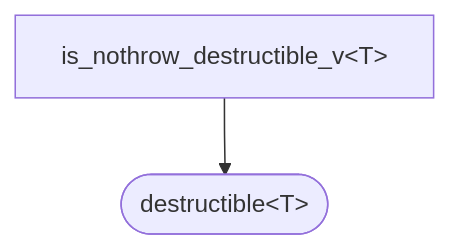
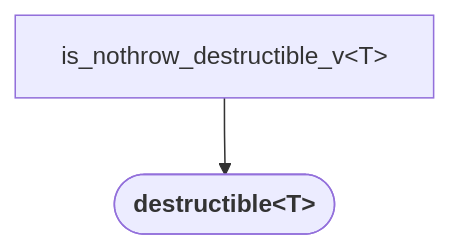
One commit to yohhoy/cpp-concepts changed the seventh of 18 diagrams in README.md. Above: the diagram before and after it, drawn with Mermaid. The commit also changed other lines of this file, not shown here.

````diff
--- a/README.md
+++ b/README.md
@@ -84,5 +84,5 @@
 ```mermaid
 graph TD
     %% std::destructible<T>
-    is_nothrow_destructible_v["is_nothrow_destructible_v&lt;T&gt;"] --> destructible(["destructible&lt;T&gt;"]);
+    is_nothrow_destructible_v["is_nothrow_destructible_v&lt;T&gt;"] --> destructible(["<b>destructible&lt;T&gt;</b>"]);
 ```
````
